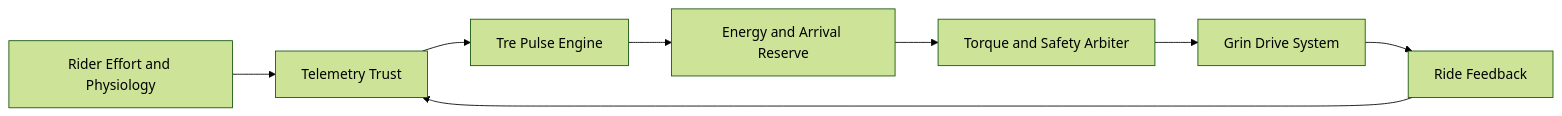
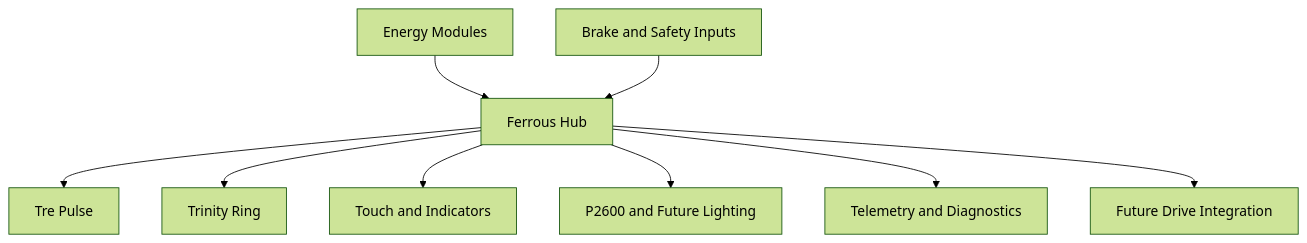
The diagram in README.md (tspreck/ferrous-drive), drawn with Mermaid (forest theme) before and after one commit. The commit also changed other lines of this file, not shown here.

````diff
--- a/README.md
+++ b/README.md
@@ -94,18 +19,11 @@
 ```mermaid
-flowchart LR
-    Rider[Rider Effort and Physiology]
-    Trust[Telemetry Trust]
-    Pulse[Tre Pulse Engine]
-    Energy[Energy and Arrival Reserve]
-    Arbiter[Torque and Safety Arbiter]
-    Drive[Grin Drive System]
-    Feedback[Ride Feedback]
-
-    Rider --> Trust
-    Trust --> Pulse
-    Pulse --> Energy
-    Energy --> Arbiter
-    Arbiter --> Drive
-    Drive --> Feedback
-    Feedback --> Trust
+flowchart TD
+    EM[Energy Modules] --> FH[Ferrous Hub]
+    FH --> TP[Tre Pulse]
+    FH --> TR[Trinity Ring]
+    FH --> UI[Touch and Indicators]
+    FH --> LT[P2600 and Future Lighting]
+    FH --> TM[Telemetry and Diagnostics]
+    FH --> DI[Future Drive Integration]
+    SF[Brake and Safety Inputs] --> FH
 ```
````
